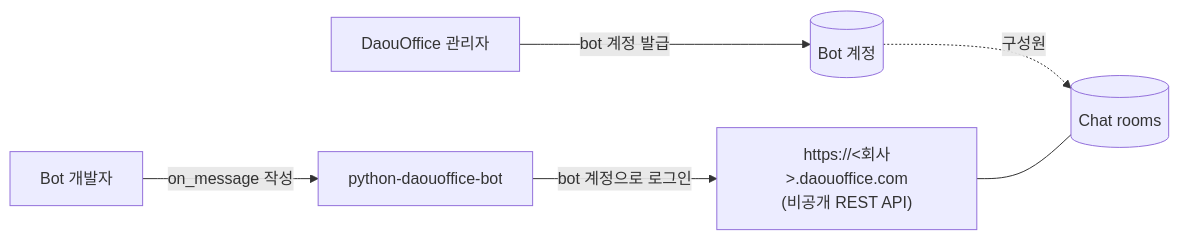
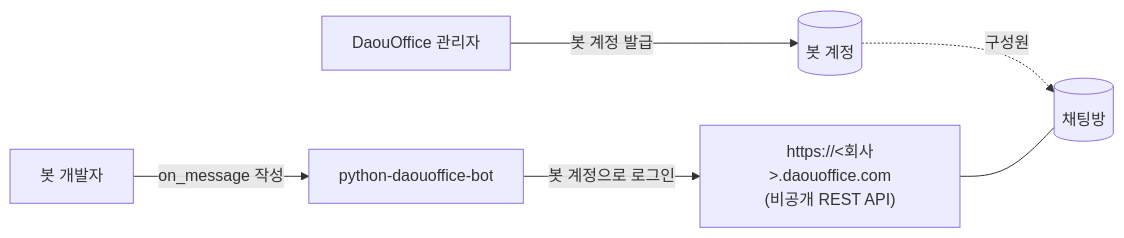
One commit to junsik/python-daouoffice-bot changed the first of 4 diagrams in docs/ARCHITECTURE.md. Above: the diagram before and after it, drawn with Mermaid. The commit also changed other lines of this file and 2 other files, not shown here.

First line of the commit message:
docs: rewrite ARCHITECTURE in clean Korean, current-state only

````diff
--- a/docs/ARCHITECTURE.md
+++ b/docs/ARCHITECTURE.md
@@ -9,8 +9,8 @@
 ```mermaid
 flowchart LR
-    dev[Bot 개발자] -->|on_message 작성| sdk[python-daouoffice-bot]
-    admin[DaouOffice 관리자] -->|bot 계정 발급| acct[(Bot 계정)]
-    sdk -->|bot 계정으로 로그인| tenant["https://&lt;회사&gt;.daouoffice.com<br/>(비공개 REST API)"]
-    acct -. 구성원 .-> rooms[(Chat rooms)]
+    dev[봇 개발자] -->|on_message 작성| sdk[python-daouoffice-bot]
+    admin[DaouOffice 관리자] -->|봇 계정 발급| acct[(봇 계정)]
+    sdk -->|봇 계정으로 로그인| tenant["https://&lt;회사&gt;.daouoffice.com<br/>(비공개 REST API)"]
+    acct -. 구성원 .-> rooms[(채팅방)]
     tenant --- rooms
 ```
````
